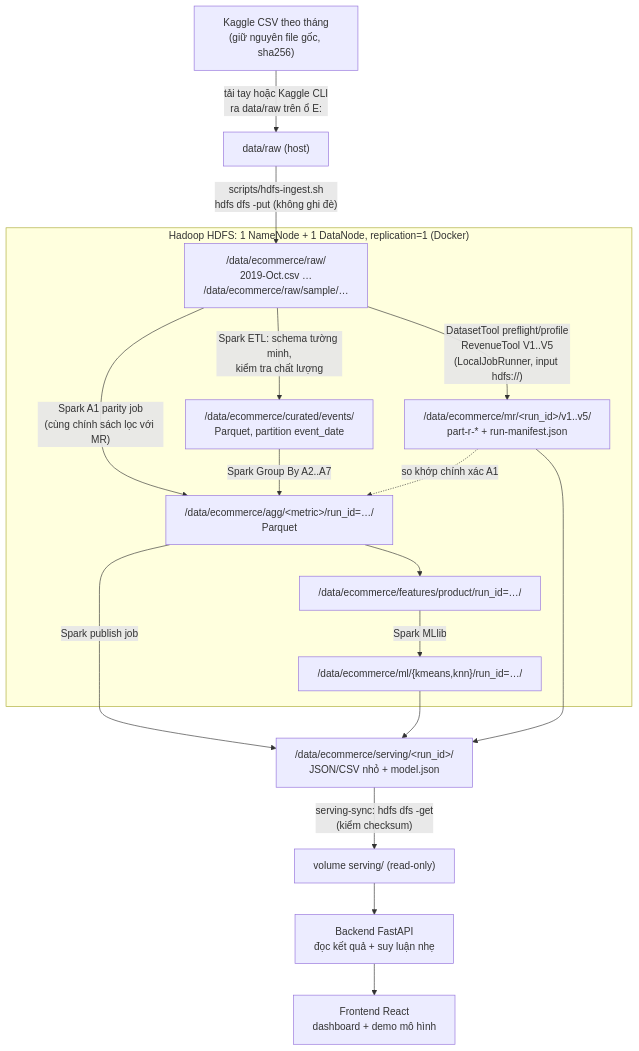
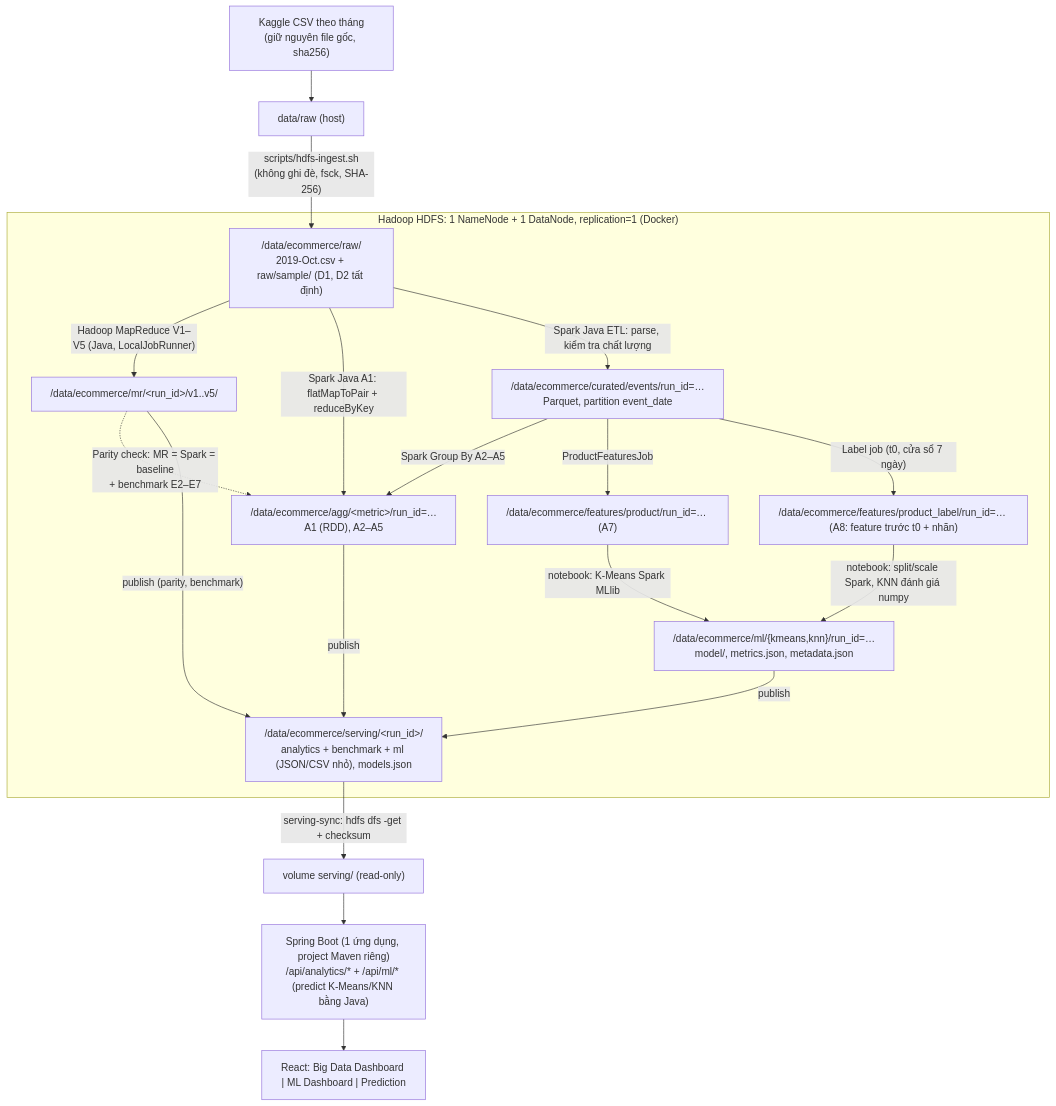
The second of 3 diagrams in docs/PROJECT_AUDIT_AND_IMPLEMENTATION_PLAN.md (hoangphuc-ptit/ptit_bigdata), drawn with Mermaid before and after one commit. The commit also changed other lines of this file and 179 other files, not shown here.

First line of the commit message:
Run full-month pipeline, benchmarks, ML on D3 and add Spring Boot/React web app

````diff
--- a/docs/PROJECT_AUDIT_AND_IMPLEMENTATION_PLAN.md
+++ b/docs/PROJECT_AUDIT_AND_IMPLEMENTATION_PLAN.md
@@ -339,27 +346,32 @@
 ```mermaid
 flowchart TB
-    K["Kaggle CSV theo tháng<br/>(giữ nguyên file gốc, sha256)"] -->|"tải tay hoặc Kaggle CLI<br/>ra data/raw trên ổ E:"| L["data/raw (host)"]
-    L -->|"scripts/hdfs-ingest.sh<br/>hdfs dfs -put (không ghi đè)"| RAW
+    K["Kaggle CSV theo tháng<br/>(giữ nguyên file gốc, sha256)"] --> L["data/raw (host)"]
+    L -->|"scripts/hdfs-ingest.sh<br/>(không ghi đè, fsck, SHA-256)"| RAW
 
     subgraph HDFS["Hadoop HDFS: 1 NameNode + 1 DataNode, replication=1 (Docker)"]
-        RAW["/data/ecommerce/raw/<br/>2019-Oct.csv …<br/>/data/ecommerce/raw/sample/…"]
-        MRO["/data/ecommerce/mr/&lt;run_id&gt;/v1..v5/<br/>part-r-* + run-manifest.json"]
-        CUR["/data/ecommerce/curated/events/<br/>Parquet, partition event_date"]
-        AGG["/data/ecommerce/agg/&lt;metric&gt;/run_id=…/<br/>Parquet"]
-        FEA["/data/ecommerce/features/product/run_id=…/"]
-        ML["/data/ecommerce/ml/{kmeans,knn}/run_id=…/"]
+        RAW["/data/ecommerce/raw/<br/>2019-Oct.csv + raw/sample/ (D1, D2 tất định)"]
+        MRO["/data/ecommerce/mr/&lt;run_id&gt;/v1..v5/"]
+        CUR["/data/ecommerce/curated/events/run_id=…<br/>Parquet, partition event_date"]
+        AGG["/data/ecommerce/agg/&lt;metric&gt;/run_id=…<br/>A1 (RDD), A2–A5"]
+        FEA["/data/ecommerce/features/product/run_id=… (A7)"]
+        LAB["/data/ecommerce/features/product_label/run_id=… (A8: feature trước t0 + nhãn)"]
+        ML["/data/ecommerce/ml/{kmeans,knn}/run_id=…<br/>model/, metrics.json, metadata.json"]
+        SRV["/data/ecommerce/serving/&lt;run_id&gt;/<br/>analytics + benchmark + ml (JSON/CSV nhỏ), models.json"]
     end
 
-    RAW -->|"DatasetTool preflight/profile<br/>RevenueTool V1..V5<br/>(LocalJobRunner, input hdfs://)"| MRO
-    RAW -->|"Spark ETL: schema tường minh,<br/>kiểm tra chất lượng"| CUR
-    RAW -->|"Spark A1 parity job<br/>(cùng chính sách lọc với MR)"| AGG
-    CUR -->|"Spark Group By A2..A7"| AGG
-    AGG --> FEA -->|"Spark MLlib"| ML
-    MRO -.->|"so khớp chính xác A1"| AGG
-    AGG -->|"Spark publish job"| SRV["/data/ecommerce/serving/&lt;run_id&gt;/<br/>JSON/CSV nhỏ + model.json"]
-    ML --> SRV
-    MRO --> SRV
-    SRV -->|"serving-sync: hdfs dfs -get<br/>(kiểm checksum)"| VOL["volume serving/ (read-only)"]
-    VOL --> API["Backend FastAPI<br/>đọc kết quả + suy luận nhẹ"]
-    API --> FE["Frontend React<br/>dashboard + demo mô hình"]
+    RAW -->|"Hadoop MapReduce V1–V5 (Java, LocalJobRunner)"| MRO
+    RAW -->|"Spark Java A1: flatMapToPair + reduceByKey"| AGG
+    RAW -->|"Spark Java ETL: parse, kiểm tra chất lượng"| CUR
+    CUR -->|"Spark Group By A2–A5"| AGG
+    CUR -->|"ProductFeaturesJob"| FEA
+    CUR -->|"Label job (t0, cửa sổ 7 ngày)"| LAB
+    MRO -.->|"Parity check: MR = Spark = baseline<br/>+ benchmark E2–E7"| AGG
+    FEA -->|"notebook: K-Means Spark MLlib"| ML
+    LAB -->|"notebook: split/scale Spark, KNN đánh giá numpy"| ML
+    AGG -->|"publish"| SRV
+    MRO -->|"publish (parity, benchmark)"| SRV
+    ML -->|"publish"| SRV
+    SRV -->|"serving-sync: hdfs dfs -get + checksum"| VOL["volume serving/ (read-only)"]
+    VOL --> API["Spring Boot (1 ứng dụng, project Maven riêng)<br/>/api/analytics/* + /api/ml/* (predict K-Means/KNN bằng Java)"]
+    API --> FE["React: Big Data Dashboard | ML Dashboard | Prediction"]
 ```
````
